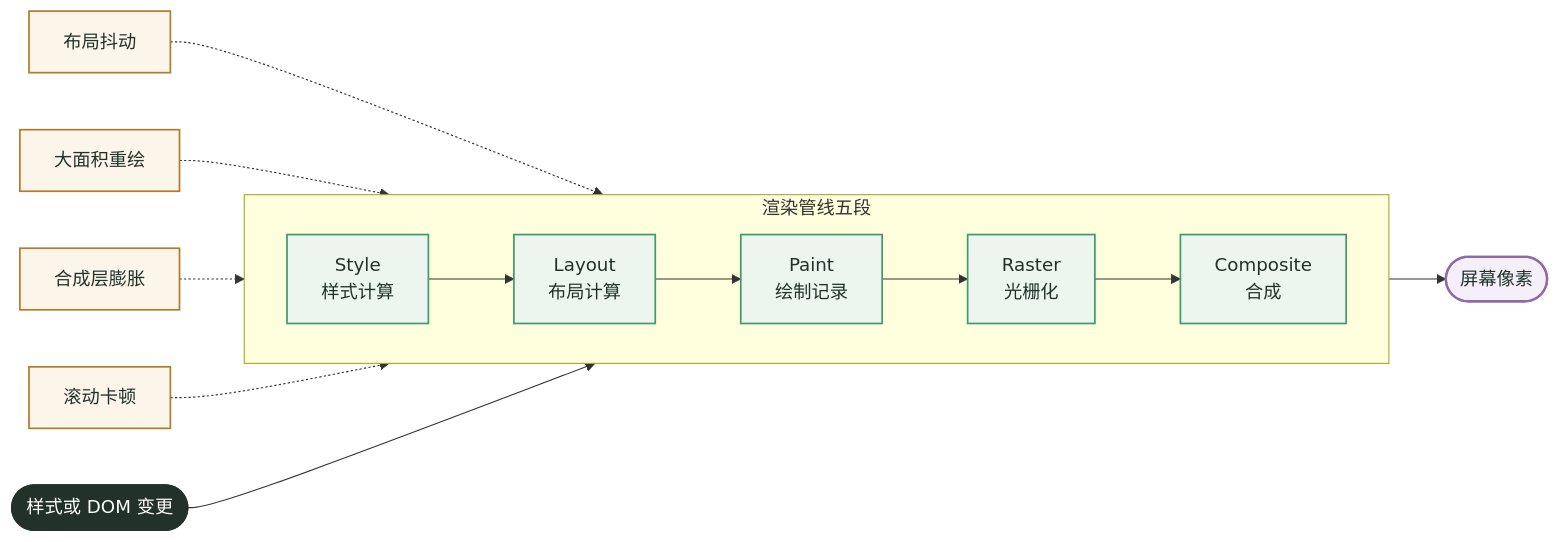
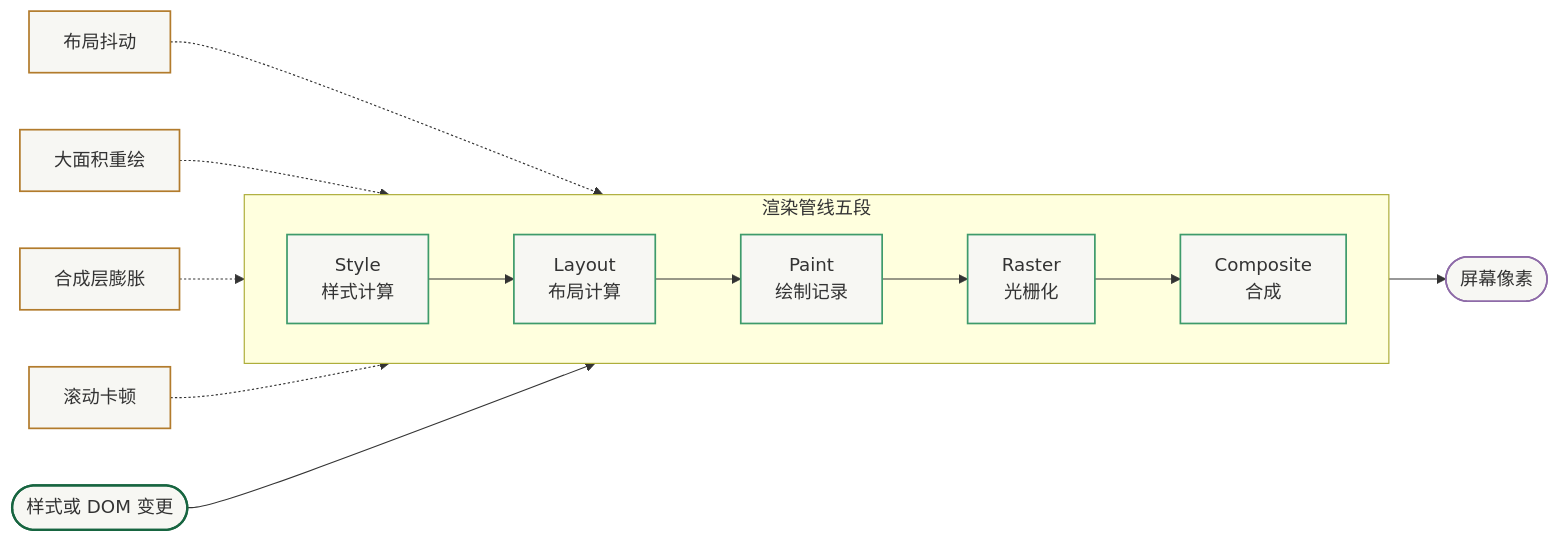
Before and after one commit to Fatejian/frontier-vault: the first of 2 diagrams in docs/performance/rendering-pitfalls.md, drawn with Mermaid. The commit also changed other lines of this file and 65 other files, not shown here.

First line of the commit message:
fix(theme): unify mermaid chart palette and remove solid core fills

````diff
--- a/docs/performance/rendering-pitfalls.md
+++ b/docs/performance/rendering-pitfalls.md
@@ -71,33 +71,33 @@
 ```mermaid
 flowchart LR
     Start([样式或 DOM 变更])
 
     subgraph Pipeline[渲染管线五段]
         direction LR
         S1["Style<br/>样式计算"]
         S2["Layout<br/>布局计算"]
         S3["Paint<br/>绘制记录"]
         S4["Raster<br/>光栅化"]
         S5["Composite<br/>合成"]
         S1 --> S2 --> S3 --> S4 --> S5
     end
 
     End([屏幕像素])
 
     Start --> Pipeline --> End
 
     P1[布局抖动] -.-> S2
     P2[大面积重绘] -.-> S3
     P3[合成层膨胀] -.-> S4
     P4[滚动卡顿] -.-> S5
 
-    classDef core fill:#22322B,color:#fff,stroke:#22322B,stroke-width:2px;
-    classDef block fill:#FBF5EA,stroke:#B27B2C,color:#22322B,stroke-width:1.5px;
-    classDef work fill:#EDF5EF,stroke:#3E9B6B,color:#22322B,stroke-width:1.5px;
-    classDef metric fill:#F4EFF8,stroke:#8E6BA8,color:#22322B,stroke-width:2px;
+    classDef core fill:#F7F7F3,stroke:#176540,stroke-width:2px;
+    classDef block fill:#F7F7F3,stroke:#B27B2C,stroke-width:1.5px;
+    classDef work fill:#F7F7F3,stroke:#3E9B6B,stroke-width:1.5px;
+    classDef metric fill:#F7F7F3,stroke:#8E6BA8,stroke-width:1.5px;
 
     class Start core;
     class S1,S2,S3,S4,S5 work;
     class P1,P2,P3,P4 block;
     class End metric;
 ```
````
